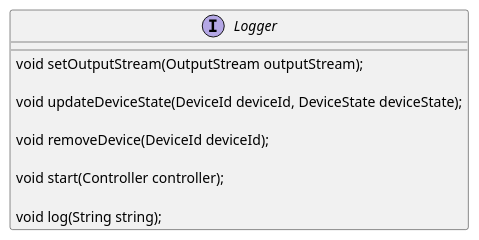
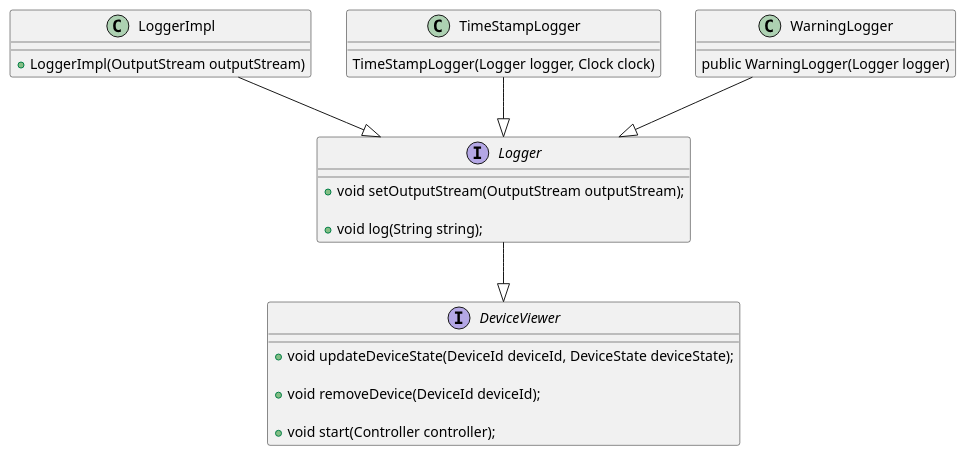
One commit to progetto-oop-22-23/OOP-report changed the diagram in uml/logger.plantuml. Above: the diagram before and after it, drawn with PlantUML. The commit also changed other lines of this file and 2 other files, not shown here.

Commit message:
logger uml

```diff
--- a/uml/logger.plantuml
+++ b/uml/logger.plantuml
@@ -1,17 +1,37 @@
 @startuml
 
 interface Logger {
 
-void setOutputStream(OutputStream outputStream);
+    + void setOutputStream(OutputStream outputStream);
 
-void updateDeviceState(DeviceId deviceId, DeviceState deviceState);
-
-void removeDevice(DeviceId deviceId);
-
-void start(Controller controller);
-
-void log(String string);
-    
+    + void log(String string);
 }
 
+interface DeviceViewer {
+    + void updateDeviceState(DeviceId deviceId, DeviceState deviceState);
+
+    + void removeDevice(DeviceId deviceId);
+
+    + void start(Controller controller);
+
+}
+
+
+class LoggerImpl {
+    + LoggerImpl(OutputStream outputStream)
+}
+
+class TimeStampLogger {
+    TimeStampLogger(Logger logger, Clock clock)
+}
+
+class WarningLogger {
+    public WarningLogger(Logger logger)
+}
+
+Logger --|> DeviceViewer
+LoggerImpl --|> Logger
+WarningLogger --|> Logger
+TimeStampLogger --|> Logger
+
 @enduml
```
